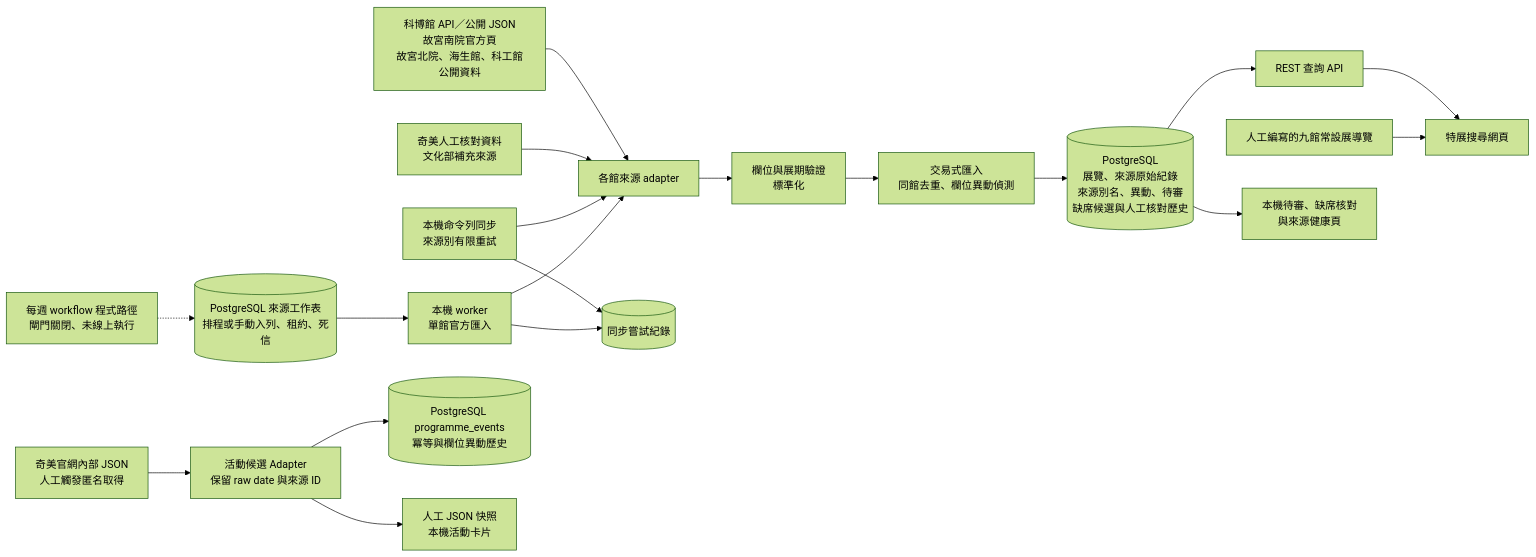
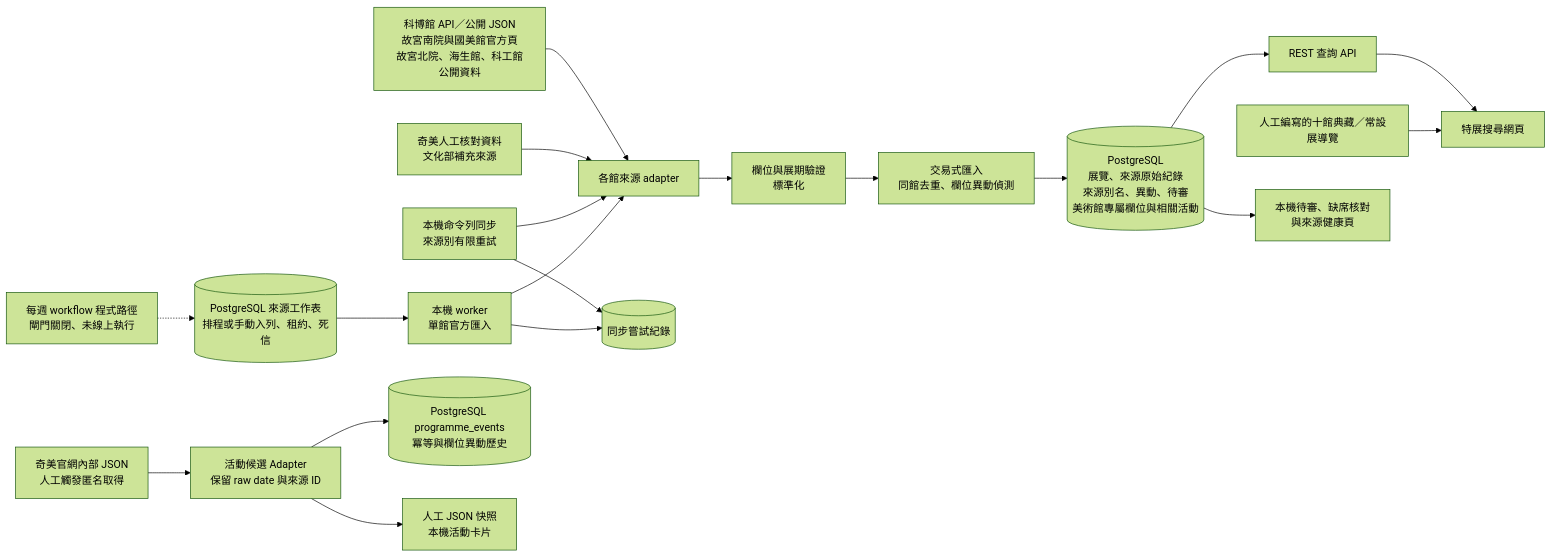
One commit to AndyLinStrongtyping/event-radar changed the diagram in docs/architecture.md. Above: the diagram before and after it, drawn with Mermaid (forest theme). The commit also changed other lines of this file and 32 other files, not shown here.

````diff
--- a/docs/architecture.md
+++ b/docs/architecture.md
@@ -7,21 +7,21 @@
 ```mermaid
 flowchart LR
-    A["科博館 API／公開 JSON<br/>故宮南院官方頁<br/>故宮北院、海生館、科工館公開資料"] --> B["各館來源 adapter"]
+    A["科博館 API／公開 JSON<br/>故宮南院與國美館官方頁<br/>故宮北院、海生館、科工館公開資料"] --> B["各館來源 adapter"]
     C["奇美人工核對資料<br/>文化部補充來源"] --> B
     B --> D["欄位與展期驗證<br/>標準化"]
     D --> E["交易式匯入<br/>同館去重、欄位異動偵測"]
-    E --> F[("PostgreSQL<br/>展覽、來源原始紀錄<br/>來源別名、異動、待審<br/>缺席候選與人工核對歷史")]
+    E --> F[("PostgreSQL<br/>展覽、來源原始紀錄<br/>來源別名、異動、待審<br/>美術館專屬欄位與相關活動")]
     G["本機命令列同步<br/>來源別有限重試"] --> B
     G --> H[("同步嘗試紀錄")]
     S["每週 workflow 程式路徑<br/>閘門關閉、未線上執行"] -.-> Q
     Q[("PostgreSQL 來源工作表<br/>排程或手動入列、租約、死信")] --> W["本機 worker<br/>單館官方匯入"]
     W --> B
     W --> H
     F --> I["REST 查詢 API"]
     I --> J["特展搜尋網頁"]
-    K["人工編寫的九館常設展導覽"] --> J
+    K["人工編寫的十館典藏／常設展導覽"] --> J
     F --> L["本機待審、缺席核對<br/>與來源健康頁"]
     M["奇美官網內部 JSON<br/>人工觸發匿名取得"] --> N["活動候選 Adapter<br/>保留 raw date 與來源 ID"]
     N --> O[("PostgreSQL programme_events<br/>冪等與欄位異動歷史")]
     N --> P["人工 JSON 快照<br/>本機活動卡片"]
 ```
````
